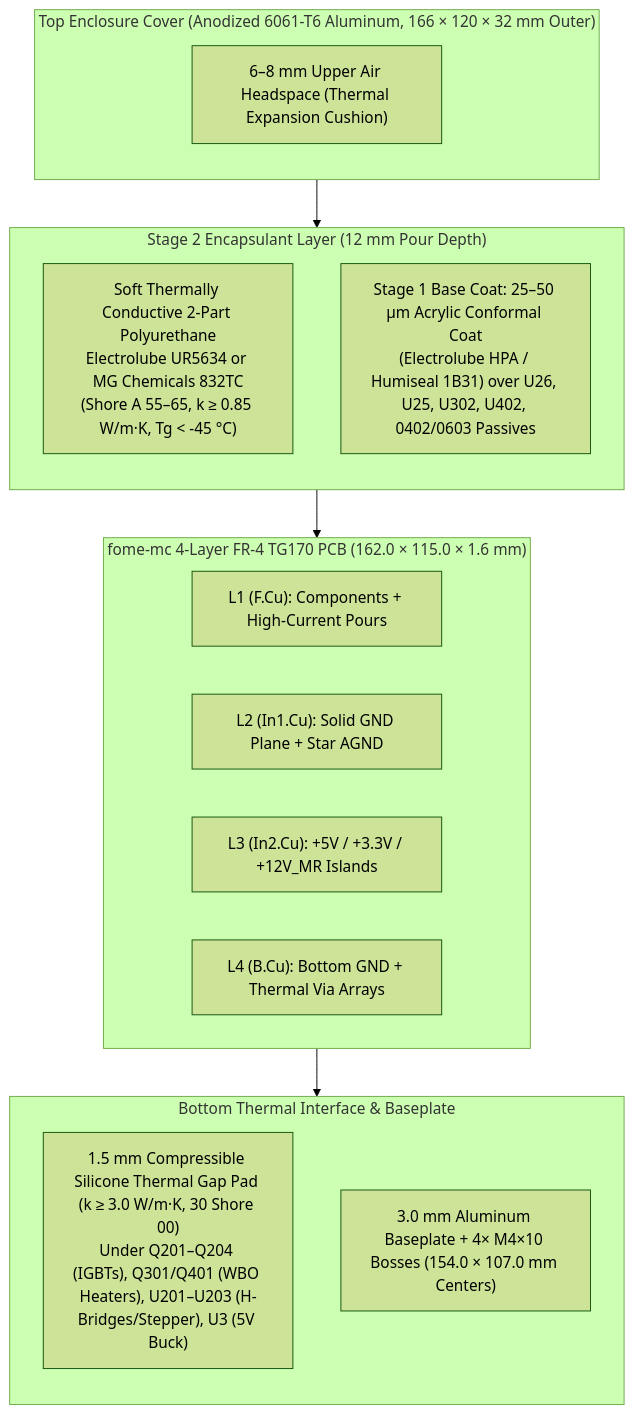
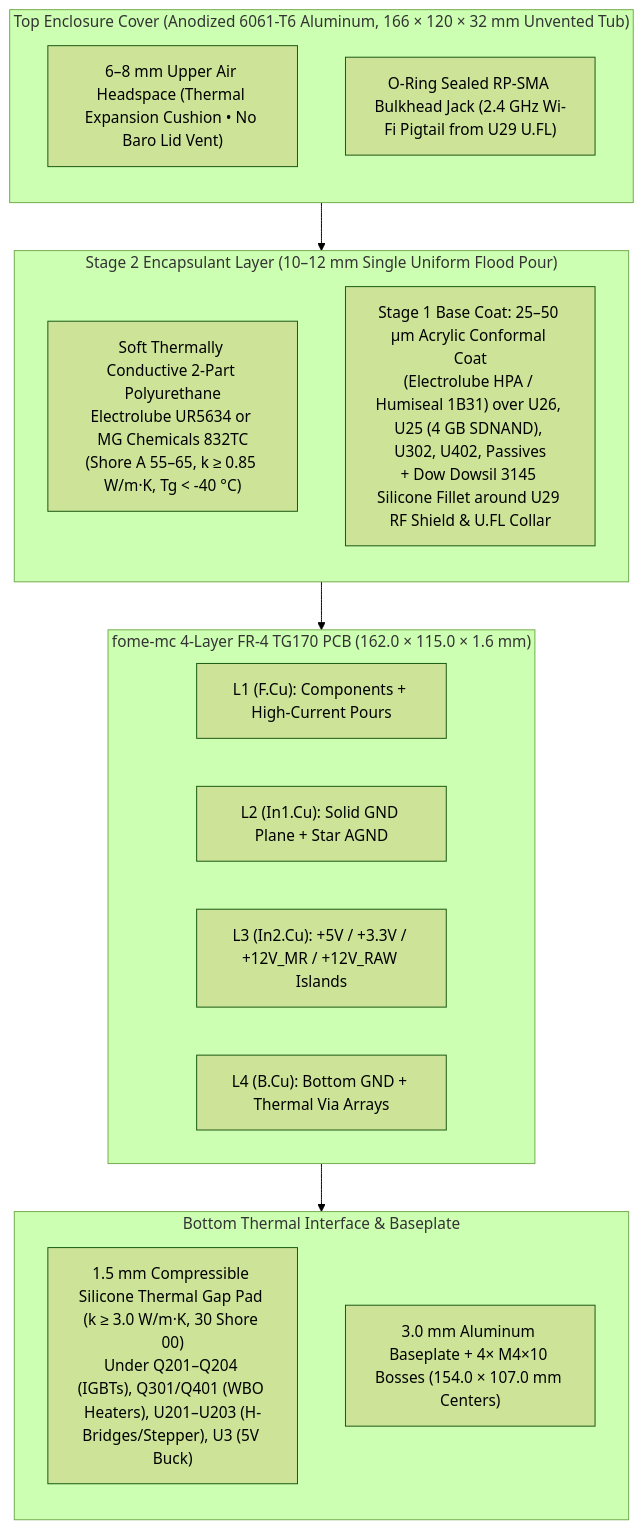
The first of 2 diagrams in docs/POTTING_AND_ENCLOSURE.md (halbritt/fome-mc), drawn with Mermaid (forest theme) before and after one commit. The commit also changed other lines of this file and 60 other files, not shown here.

Commit message:
Update all documentation, schematic SVG/PDF exports, and PCB/floorplan/pinout diagrams

````diff
--- a/docs/POTTING_AND_ENCLOSURE.md
+++ b/docs/POTTING_AND_ENCLOSURE.md
@@ -11,29 +11,30 @@
 ```mermaid
 flowchart TB
-  subgraph LID["Top Enclosure Cover (Anodized 6061-T6 Aluminum, 166 × 120 × 32 mm Outer)"]
+  subgraph LID["Top Enclosure Cover (Anodized 6061-T6 Aluminum, 166 × 120 × 32 mm Unvented Tub)"]
     direction TB
-    AIR["6–8 mm Upper Air Headspace (Thermal Expansion Cushion)"]
+    AIR["6–8 mm Upper Air Headspace (Thermal Expansion Cushion • No Baro Lid Vent)"]
+    SMA["O-Ring Sealed RP-SMA Bulkhead Jack (2.4 GHz Wi-Fi Pigtail from U29 U.FL)"]
   end
 
-  subgraph POT["Stage 2 Encapsulant Layer (12 mm Pour Depth)"]
+  subgraph POT["Stage 2 Encapsulant Layer (10–12 mm Single Uniform Flood Pour)"]
     direction TB
-    UR["Soft Thermally Conductive 2-Part Polyurethane\nElectrolube UR5634 or MG Chemicals 832TC\n(Shore A 55–65, k ≥ 0.85 W/m·K, Tg < -45 °C)"]
-    COAT["Stage 1 Base Coat: 25–50 µm Acrylic Conformal Coat\n(Electrolube HPA / Humiseal 1B31) over U26, U25, U302, U402, 0402/0603 Passives"]
+    UR["Soft Thermally Conductive 2-Part Polyurethane\nElectrolube UR5634 or MG Chemicals 832TC\n(Shore A 55–65, k ≥ 0.85 W/m·K, Tg < -40 °C)"]
+    COAT["Stage 1 Base Coat: 25–50 µm Acrylic Conformal Coat\n(Electrolube HPA / Humiseal 1B31) over U26, U25 (4 GB SDNAND), U302, U402, Passives\n+ Dow Dowsil 3145 Silicone Fillet around U29 RF Shield & U.FL Collar"]
   end
 
   subgraph BOARD["fome-mc 4-Layer FR-4 TG170 PCB (162.0 × 115.0 × 1.6 mm)"]
     direction LR
     L1["L1 (F.Cu): Components + High-Current Pours"]
     L2["L2 (In1.Cu): Solid GND Plane + Star AGND"]
-    L3["L3 (In2.Cu): +5V / +3.3V / +12V_MR Islands"]
+    L3["L3 (In2.Cu): +5V / +3.3V / +12V_MR / +12V_RAW Islands"]
     L4["L4 (B.Cu): Bottom GND + Thermal Via Arrays"]
   end
 
   subgraph BASE["Bottom Thermal Interface & Baseplate"]
     direction TB
     TIM["1.5 mm Compressible Silicone Thermal Gap Pad (k ≥ 3.0 W/m·K, 30 Shore 00)\nUnder Q201–Q204 (IGBTs), Q301/Q401 (WBO Heaters), U201–U203 (H-Bridges/Stepper), U3 (5V Buck)"]
     CASE["3.0 mm Aluminum Baseplate + 4× M4×10 Bosses (154.0 × 107.0 mm Centers)"]
   end
 
   LID --> POT --> BOARD --> BASE
 ```
````
